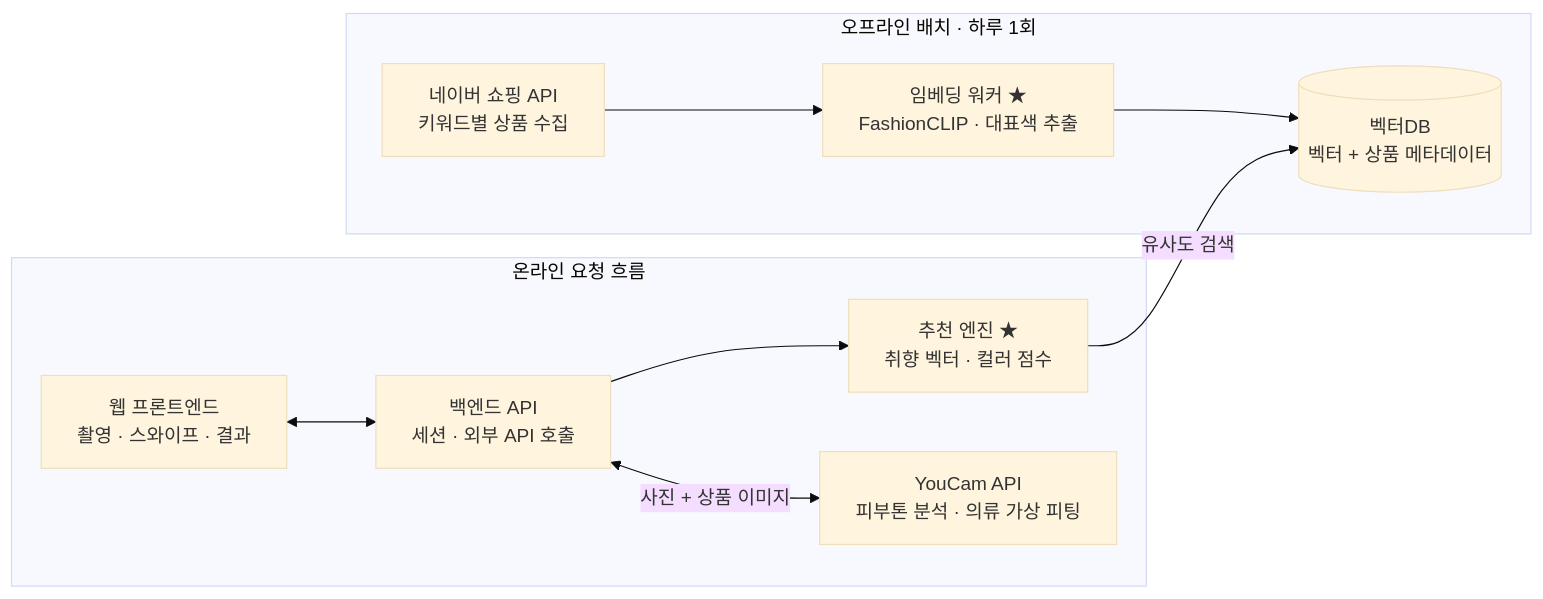
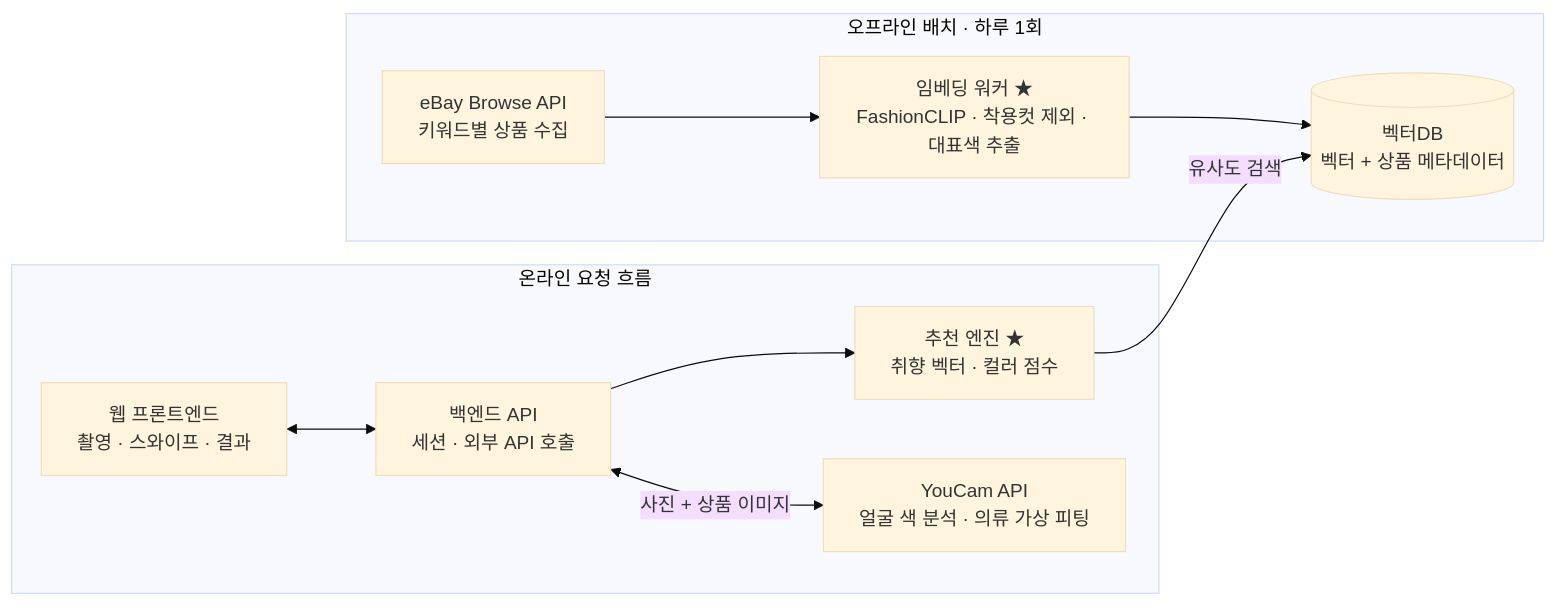
The second of 2 diagrams in project-all-docs/ColorFit_PRD.md (najunho04/youcam-project), drawn with Mermaid (base theme) before and after one commit. The commit also changed other lines of this file and 11 other files, not shown here.

First line of the commit message:
docs: 퍼스널컬러 12유형 판정·근거 노출, 상품 출처 네이버 → eBay 로 문서 갱신

````diff
--- a/project-all-docs/ColorFit_PRD.md
+++ b/project-all-docs/ColorFit_PRD.md
@@ -106,13 +107,13 @@
 ```mermaid
 flowchart LR
     subgraph Batch[오프라인 배치 · 하루 1회]
-        N[네이버 쇼핑 API<br/>키워드별 상품 수집] --> E[임베딩 워커 ★<br/>FashionCLIP · 대표색 추출]
+        N[eBay Browse API<br/>키워드별 상품 수집] --> E[임베딩 워커 ★<br/>FashionCLIP · 착용컷 제외 · 대표색 추출]
         E --> V[(벡터DB<br/>벡터 + 상품 메타데이터)]
     end
     subgraph Online[온라인 요청 흐름]
         W[웹 프론트엔드<br/>촬영 · 스와이프 · 결과] <--> B[백엔드 API<br/>세션 · 외부 API 호출]
         B --> R[추천 엔진 ★<br/>취향 벡터 · 컬러 점수]
-        B <-->|사진 + 상품 이미지| Y[YouCam API<br/>피부톤 분석 · 의류 가상 피팅]
+        B <-->|사진 + 상품 이미지| Y[YouCam API<br/>얼굴 색 분석 · 의류 가상 피팅]
     end
     R -->|유사도 검색| V
 ```
````
